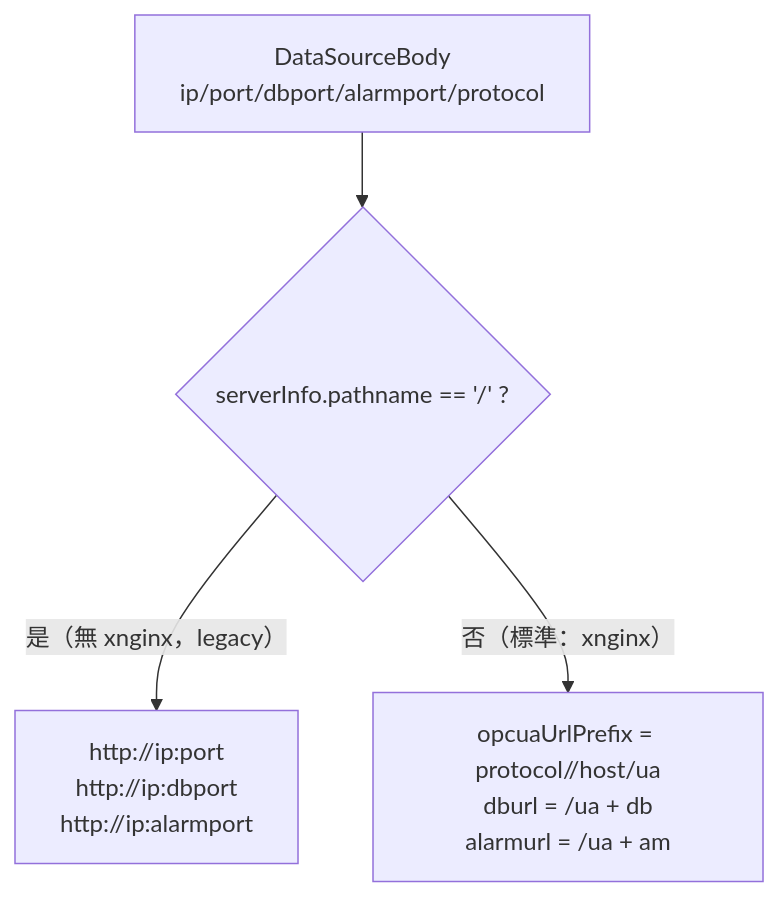
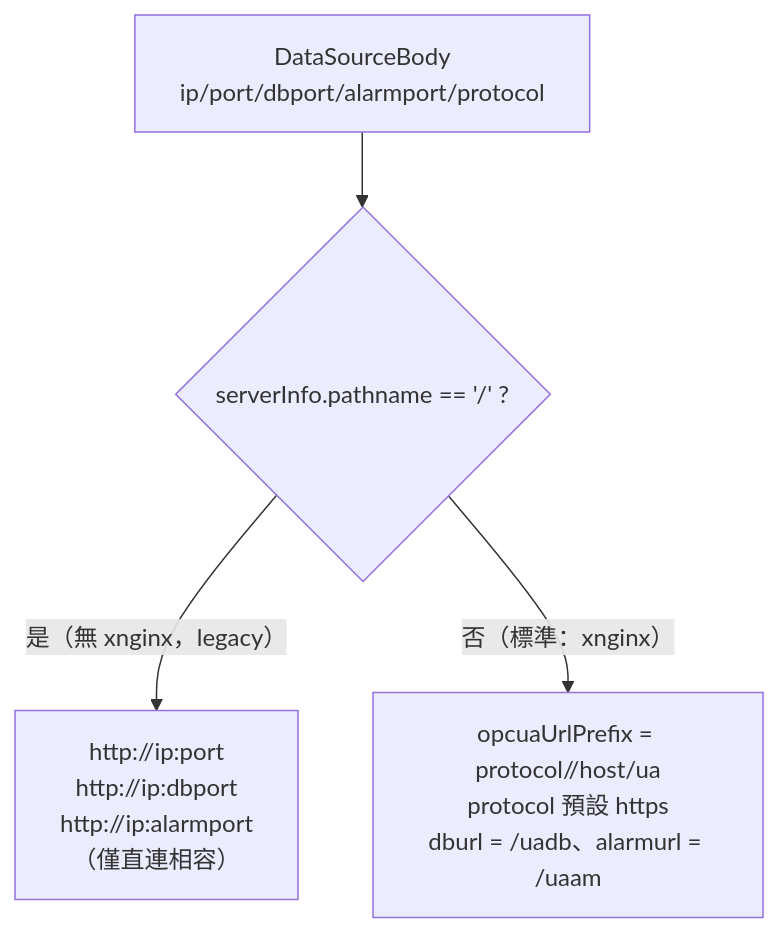
The tenth of 14 diagrams in SDS/14_OPCUA_Subsystem_Design.md (PochengChen-del/EdgeViewDoc), drawn with Mermaid before and after one commit. The commit also changed other lines of this file and 9 other files, not shown here.

````diff
--- a/SDS/14_OPCUA_Subsystem_Design.md
+++ b/SDS/14_OPCUA_Subsystem_Design.md
@@ -677,6 +680,6 @@
 ```mermaid
 flowchart TB
     A["DataSourceBody<br/>ip/port/dbport/alarmport/protocol"] --> B{"serverInfo.pathname == '/' ?"}
-    B -->|是（無 xnginx，legacy）| C["http://ip:port<br/>http://ip:dbport<br/>http://ip:alarmport"]
-    B -->|否（標準：xnginx）| D["opcuaUrlPrefix = protocol//host/ua<br/>dburl = /ua + db<br/>alarmurl = /ua + am"]
+    B -->|是（無 xnginx，legacy）| C["http://ip:port<br/>http://ip:dbport<br/>http://ip:alarmport<br/>（僅直連相容）"]
+    B -->|否（標準：xnginx）| D["opcuaUrlPrefix = protocol//host/ua<br/>protocol 預設 https<br/>dburl = /uadb、alarmurl = /uaam"]
 ```
````
